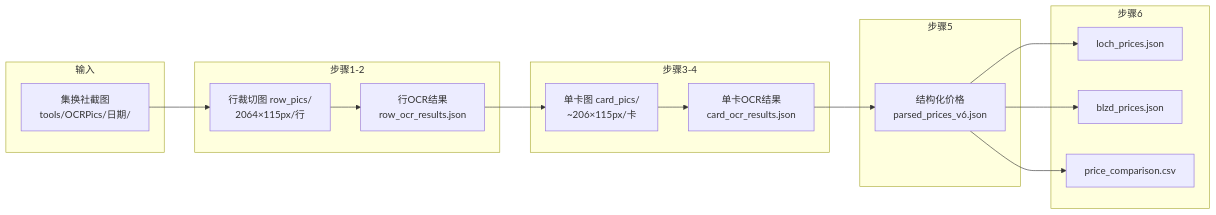
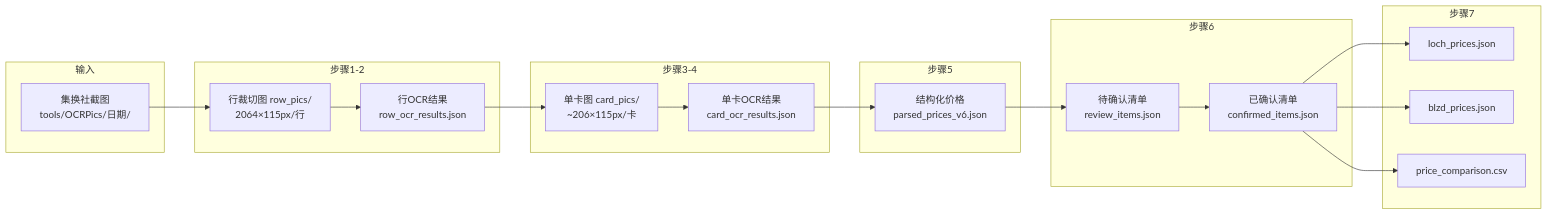
The fourth of 5 diagrams in docs/TOOLS.md (SnowCastorice/YGOCardGame), drawn with Mermaid before and after one commit. The commit also changed other lines of this file and 1 other file, not shown here.

````diff
--- a/docs/TOOLS.md
+++ b/docs/TOOLS.md
@@ -307,25 +312,30 @@
 ```mermaid
 flowchart LR
     subgraph 输入
         S["集换社截图<br>tools/OCRPics/日期/"]
     end
     subgraph 步骤1-2
         R["行裁切图 row_pics/<br>2064×115px/行"]
         RO["行OCR结果<br>row_ocr_results.json"]
     end
     subgraph 步骤3-4
         CP["单卡图 card_pics/<br>~206×115px/卡"]
         CO["单卡OCR结果<br>card_ocr_results.json"]
     end
     subgraph 步骤5
         PP["结构化价格<br>parsed_prices_v6.json"]
     end
     subgraph 步骤6
+        RI["待确认清单<br>review_items.json"]
+        CI["已确认清单<br>confirmed_items.json"]
+    end
+    subgraph 步骤7
         LP["loch_prices.json"]
         BP["blzd_prices.json"]
         CSV["price_comparison.csv"]
     end
-    S --> R --> RO --> CP --> CO --> PP --> LP
-    PP --> BP
-    PP --> CSV
+    S --> R --> RO --> CP --> CO --> PP --> RI
+    RI --> CI --> LP
+    CI --> BP
+    CI --> CSV
 ```
````
